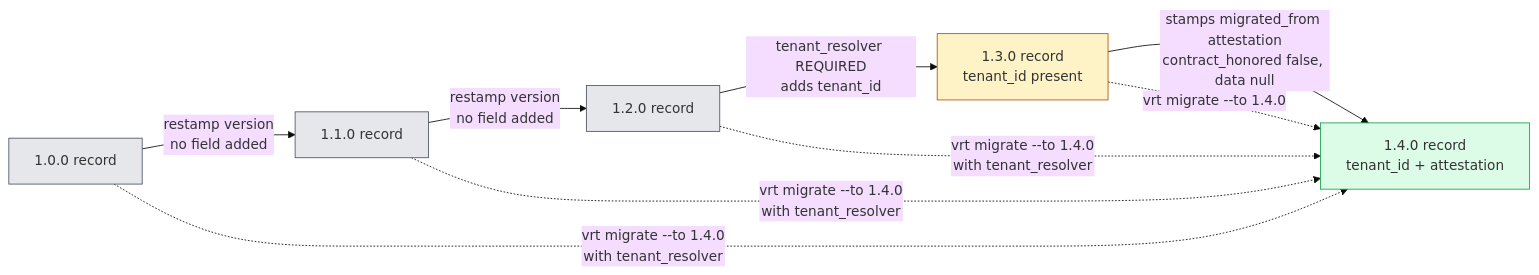
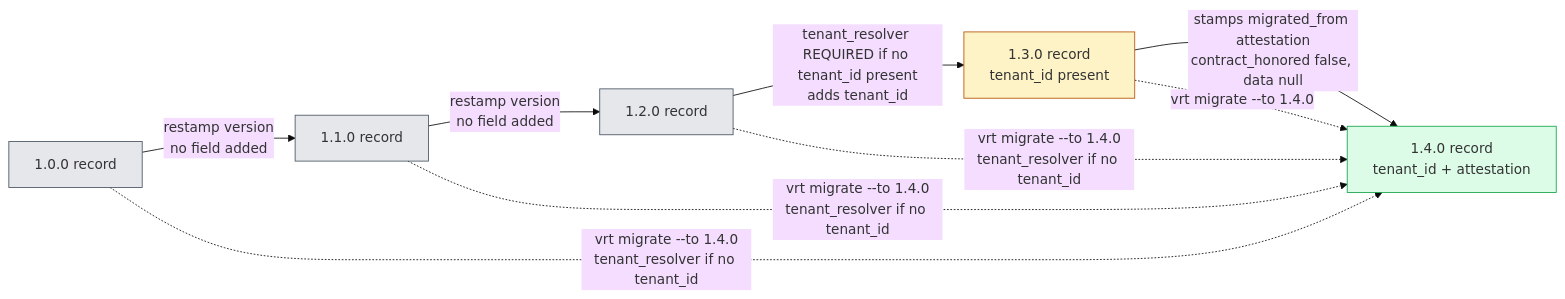
The fourth of 7 diagrams in docs/system-architecture.md (sitkastack/vendor-risk-triage), drawn with Mermaid (base theme) before and after one commit. The commit also changed other lines of this file and 2 other files, not shown here.

First line of the commit message:
docs(diagrams): fix all 16 findings from 6-persona review

````diff
--- a/docs/system-architecture.md
+++ b/docs/system-architecture.md
@@ -193,22 +228,22 @@
 ```mermaid
 flowchart LR
     classDef restamp fill:#e5e7eb,stroke:#4b5563
     classDef tenancy fill:#fef3c7,stroke:#b45309
     classDef determinism fill:#dcfce7,stroke:#16a34a
 
     V100[1.0.0 record]:::restamp
     V110[1.1.0 record]:::restamp
     V120[1.2.0 record]:::restamp
     V130[1.3.0 record<br/>tenant_id present]:::tenancy
     V140[1.4.0 record<br/>tenant_id + attestation]:::determinism
 
     V100 -->|restamp version<br/>no field added| V110
     V110 -->|restamp version<br/>no field added| V120
-    V120 -->|tenant_resolver REQUIRED<br/>adds tenant_id| V130
+    V120 -->|tenant_resolver REQUIRED if no tenant_id present<br/>adds tenant_id| V130
     V130 -->|stamps migrated_from attestation<br/>contract_honored false, data null| V140
 
-    V100 -.->|"vrt migrate --to 1.4.0<br/>with tenant_resolver"| V140
-    V110 -.->|"vrt migrate --to 1.4.0<br/>with tenant_resolver"| V140
-    V120 -.->|"vrt migrate --to 1.4.0<br/>with tenant_resolver"| V140
+    V100 -.->|"vrt migrate --to 1.4.0<br/>tenant_resolver if no tenant_id"| V140
+    V110 -.->|"vrt migrate --to 1.4.0<br/>tenant_resolver if no tenant_id"| V140
+    V120 -.->|"vrt migrate --to 1.4.0<br/>tenant_resolver if no tenant_id"| V140
     V130 -.->|"vrt migrate --to 1.4.0"| V140
 ```
````
